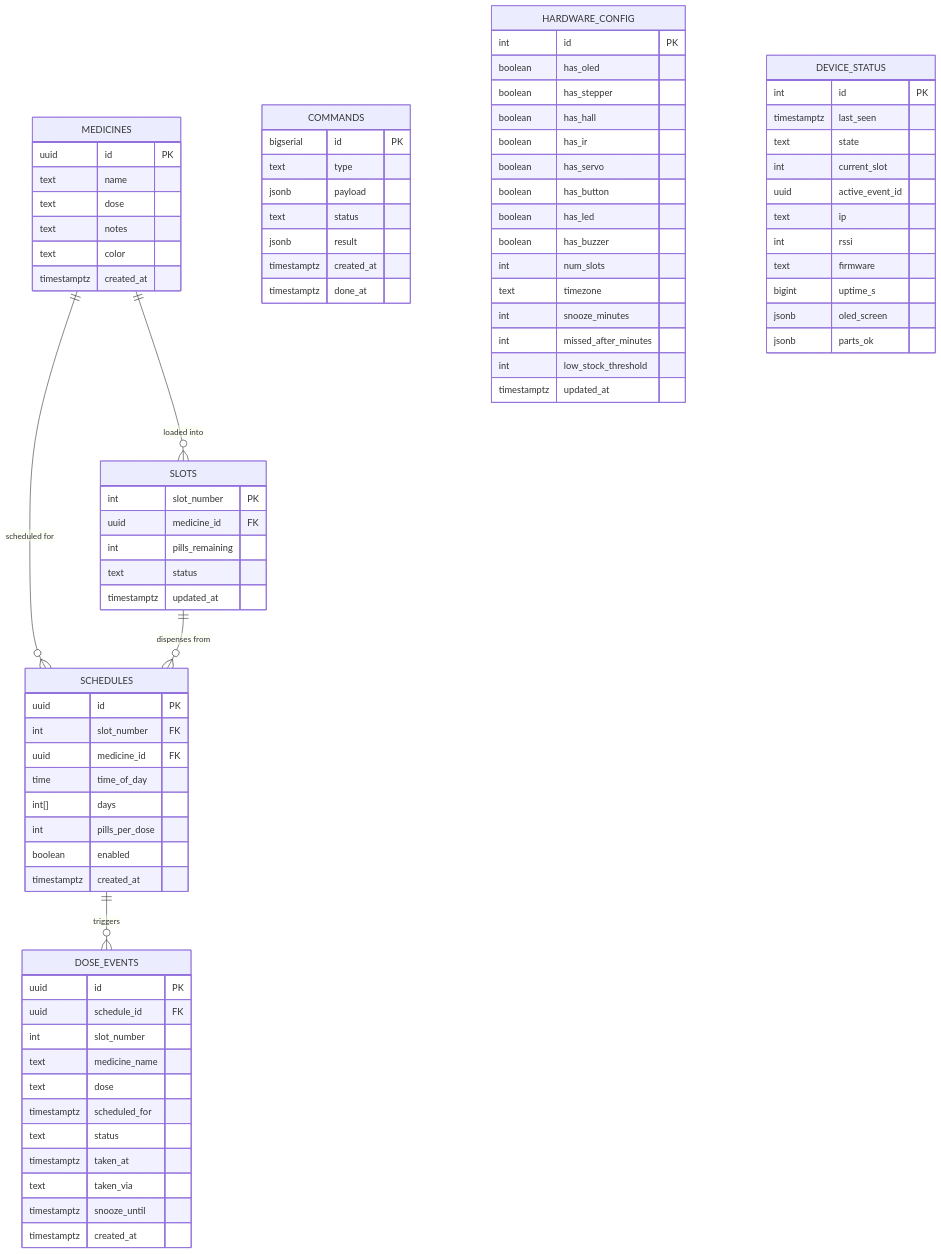
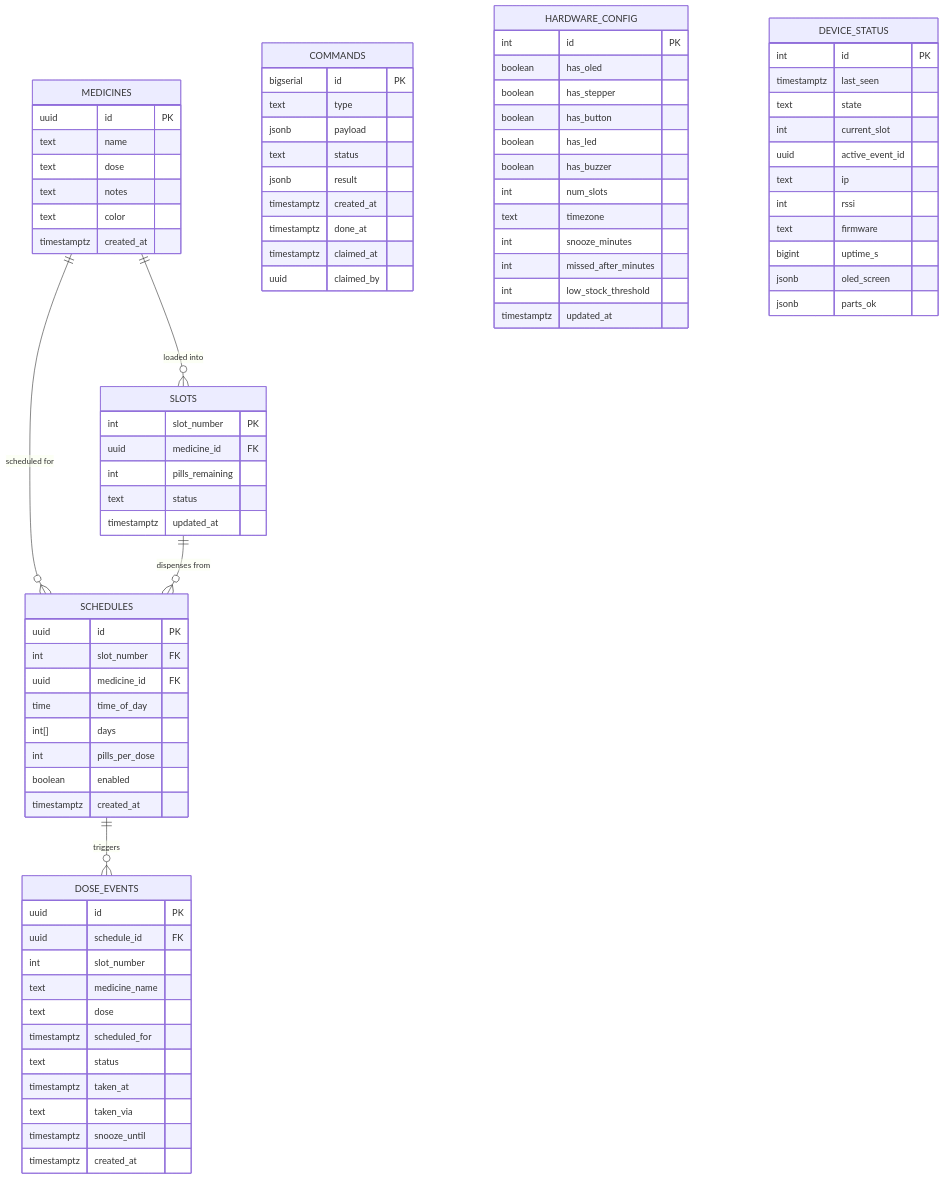
One commit to vinith17-k/pixel-perfect-match changed the diagram in docs/DATABASE_SCHEMA.md. Above: the diagram before and after it, drawn with Mermaid. The commit also changed other lines of this file and 33 other files, not shown here.

```diff
--- a/docs/DATABASE_SCHEMA.md
+++ b/docs/DATABASE_SCHEMA.md
@@ -63,15 +63,14 @@
         jsonb result
         timestamptz created_at
         timestamptz done_at
+        timestamptz claimed_at
+        uuid claimed_by
     }
 
     HARDWARE_CONFIG {
         int id PK
         boolean has_oled
         boolean has_stepper
-        boolean has_hall
-        boolean has_ir
-        boolean has_servo
         boolean has_button
         boolean has_led
         boolean has_buzzer
```
